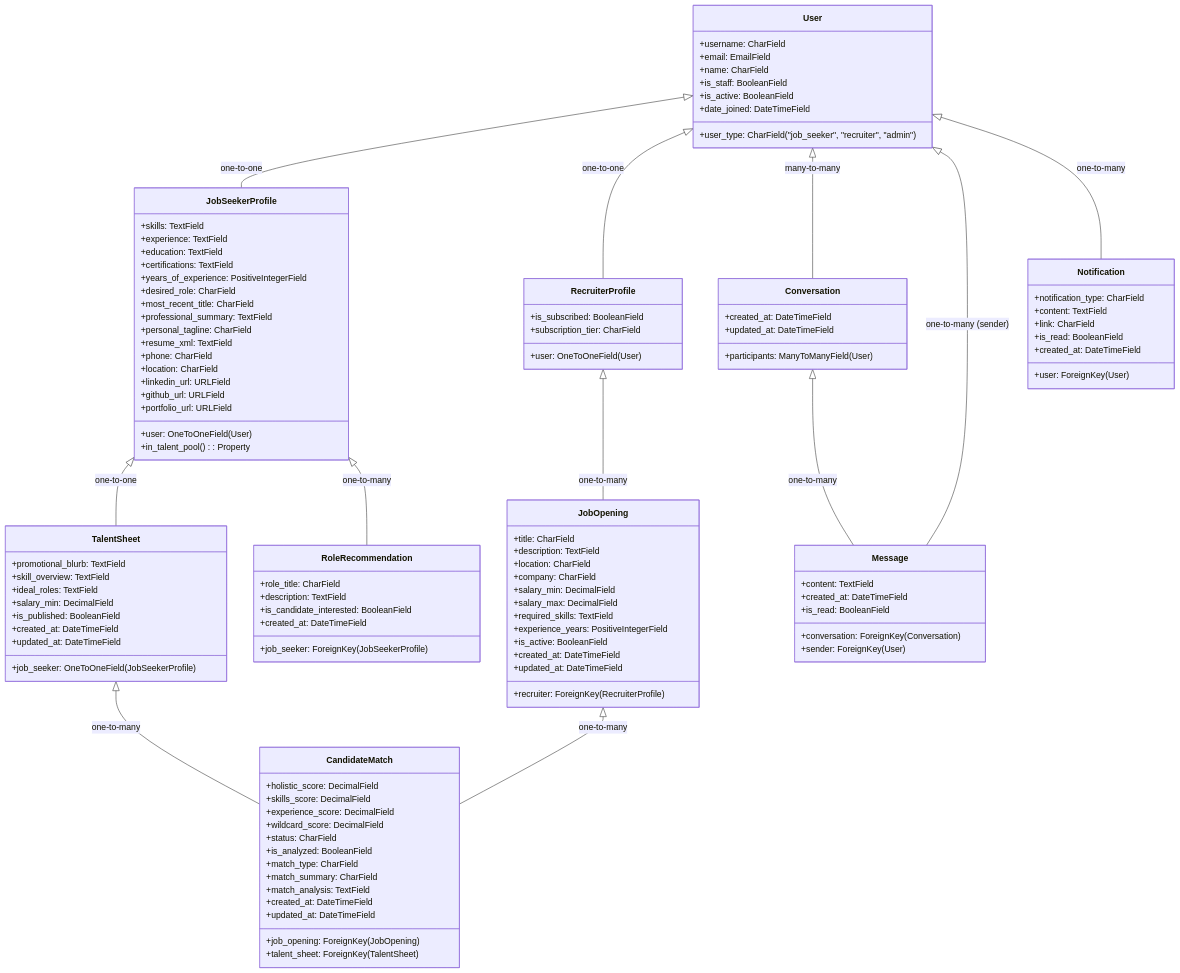
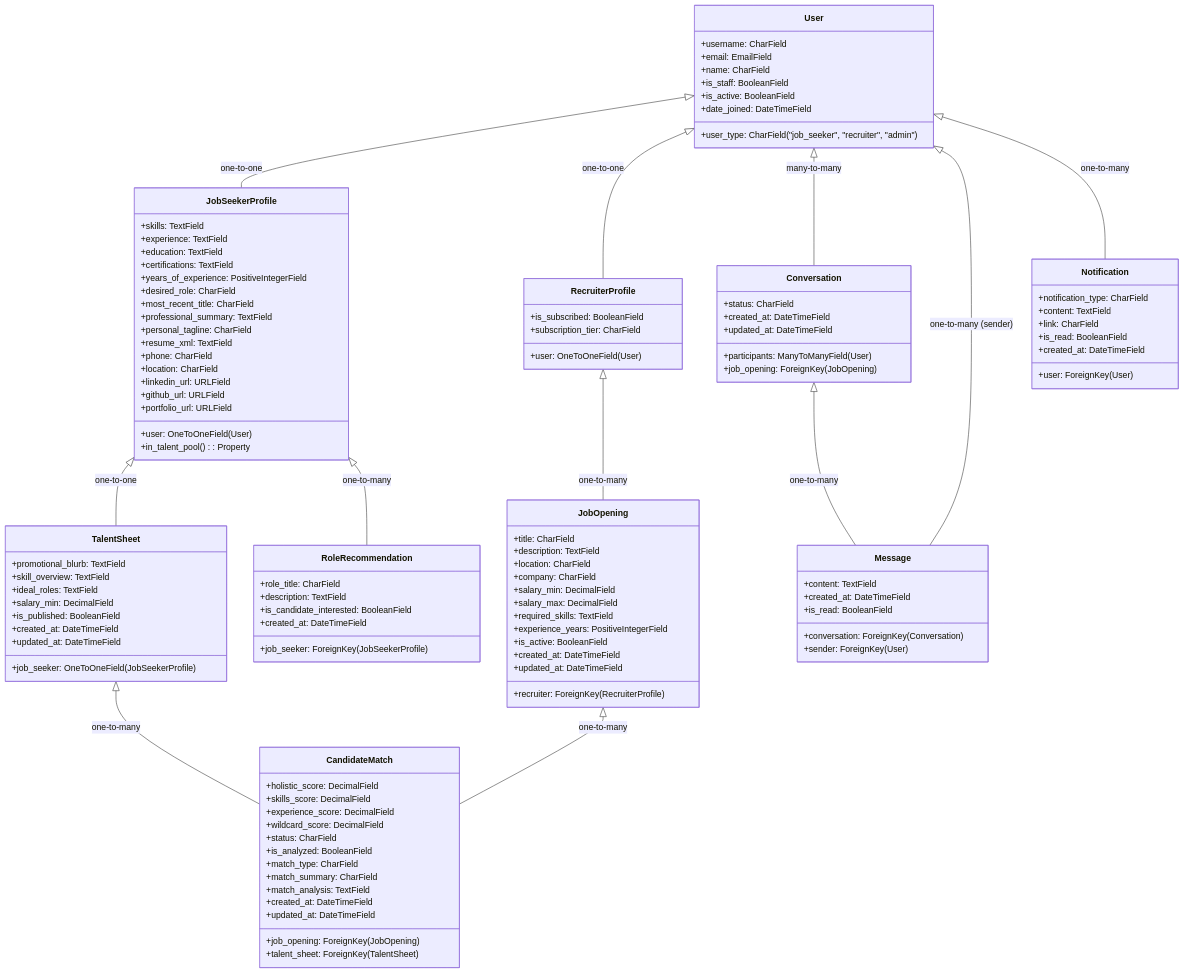
Before and after one commit to btfranklin/hiredar-saas-archive: the diagram in docs/MODELS.md, drawn with Mermaid. The commit also changed other lines of this file and 14 other files, not shown here.

```diff
--- a/docs/MODELS.md
+++ b/docs/MODELS.md
@@ -106,6 +106,8 @@
     
     class Conversation {
         +participants: ManyToManyField(User)
+        +job_opening: ForeignKey(JobOpening)
+        +status: CharField
         +created_at: DateTimeField
         +updated_at: DateTimeField
     }
```
